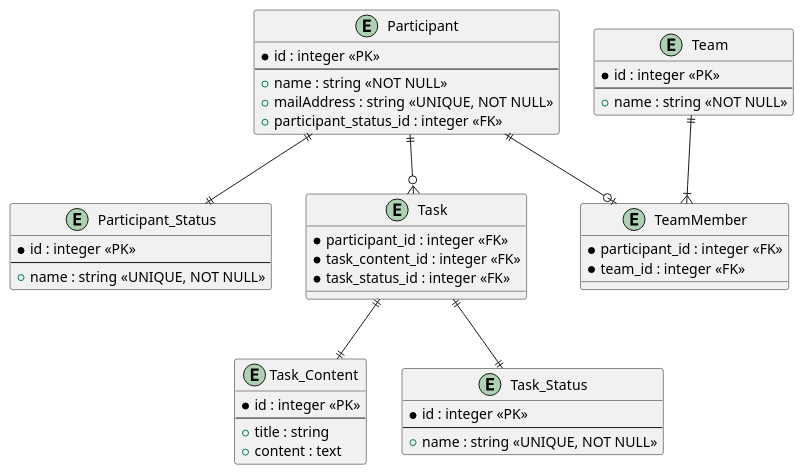
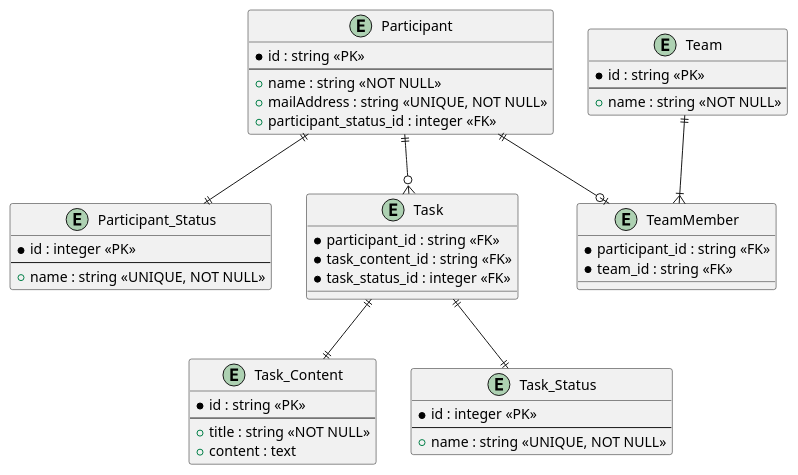
The second of 2 diagrams in doc/model-02.pu (yoyoyonoyo/ddd-sample), drawn with PlantUML before and after one commit.

Commit message:
feat: dpのmodel作成

```diff
--- a/doc/model-02.pu
+++ b/doc/model-02.pu
@@ -62,77 +62,77 @@
 @startuml db
 
 ' 参加者
 entity "Participant" {
-  * id : integer <<PK>>
+  * id : string <<PK>>
   --
   + name : string <<NOT NULL>>
   + mailAddress : string <<UNIQUE, NOT NULL>>
   + participant_status_id : integer <<FK>>
 }
 
 ' 参加者の状態
 entity "Participant_Status" {
   * id : integer <<PK>>
   --
   + name : string <<UNIQUE, NOT NULL>>
 }
 
 ' チーム
 entity "Team" {
-  * id : integer <<PK>>
+  * id : string <<PK>>
   --
   + name : string <<NOT NULL>>
 }
 
 ' チームの参加者
 ' あえて中間テーブルで設定
 ' https://zenn.dev/praha/articles/65afb28caacd0b
 entity "TeamMember" {
-  * participant_id : integer <<FK>>
-  * team_id : integer <<FK>>
+  * participant_id : string <<FK>>
+  * team_id : string <<FK>>
 }
 
 ' 課題の状況
 entity "Task" {
-  * participant_id : integer <<FK>>
-  * task_content_id : integer <<FK>>
+  * participant_id : string <<FK>>
+  * task_content_id : string <<FK>>
   * task_status_id : integer <<FK>>
 }
 
 ' 課題
 entity "Task_Content" {
-  * id : integer <<PK>>
+  * id : string <<PK>>
   --
-  + title : string
+  + title : string <<NOT NULL>>
   + content : text
 }
 
 
 ' 課題のステータス
 entity "Task_Status" {
   * id : integer <<PK>>
   --
   + name : string <<UNIQUE, NOT NULL>>
 }
 
 ' 1つの参加者は1つの参加者の状態を持つ
 Participant ||--|| Participant_Status
 ' 1つの参加者は0以上の複数のチームを持つ
 ' あえて中間テーブルで設定
 ' https://zenn.dev/praha/articles/65afb28caacd0b
 Participant ||--o| TeamMember
 
 ' 1つのチームは1以上の複数の参加者を持つ
 Team ||--|{ TeamMember
 
 ' 1つの参加者は0以上の複数の課題を持つ
 Participant ||--o{ Task
 
 ' 1つのタスクは1つのコンテンツを持つ
 Task ||--|| Task_Content
 
 ' 1つの課題は1つの課題のステータスを持つ
 Task ||--|| Task_Status
 
 
 @enduml
```
